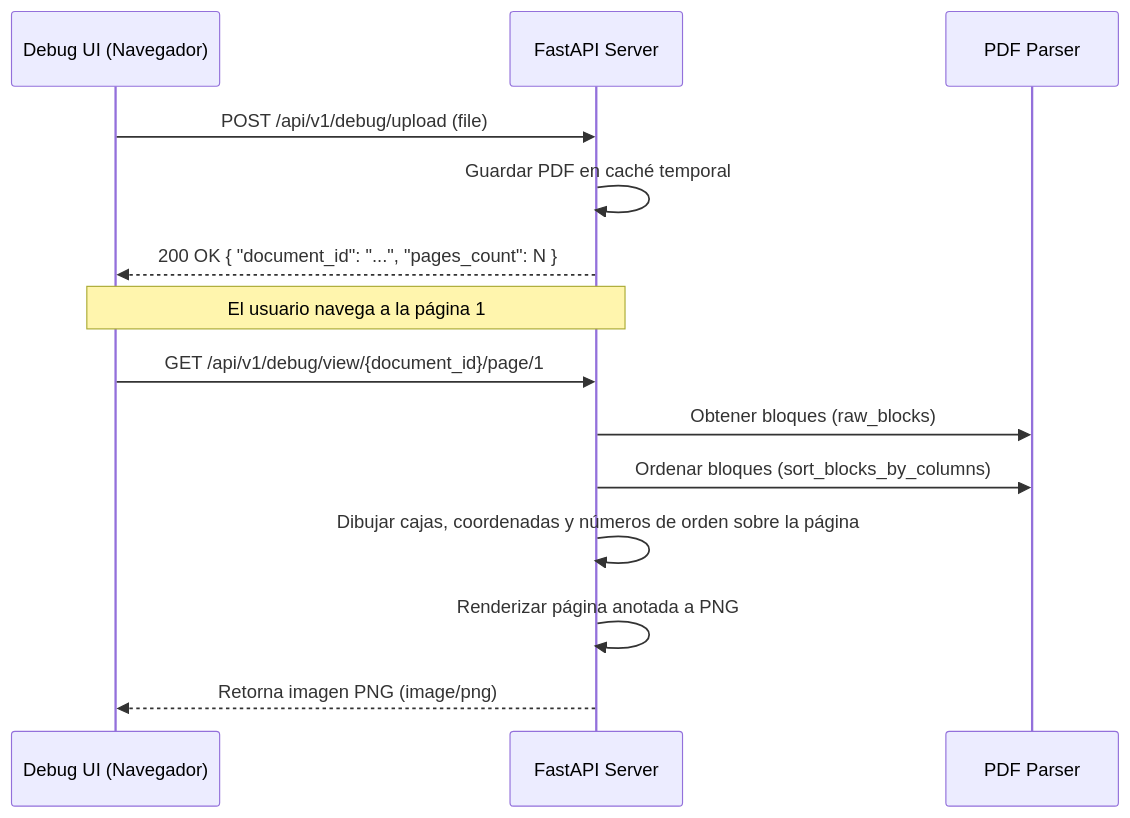
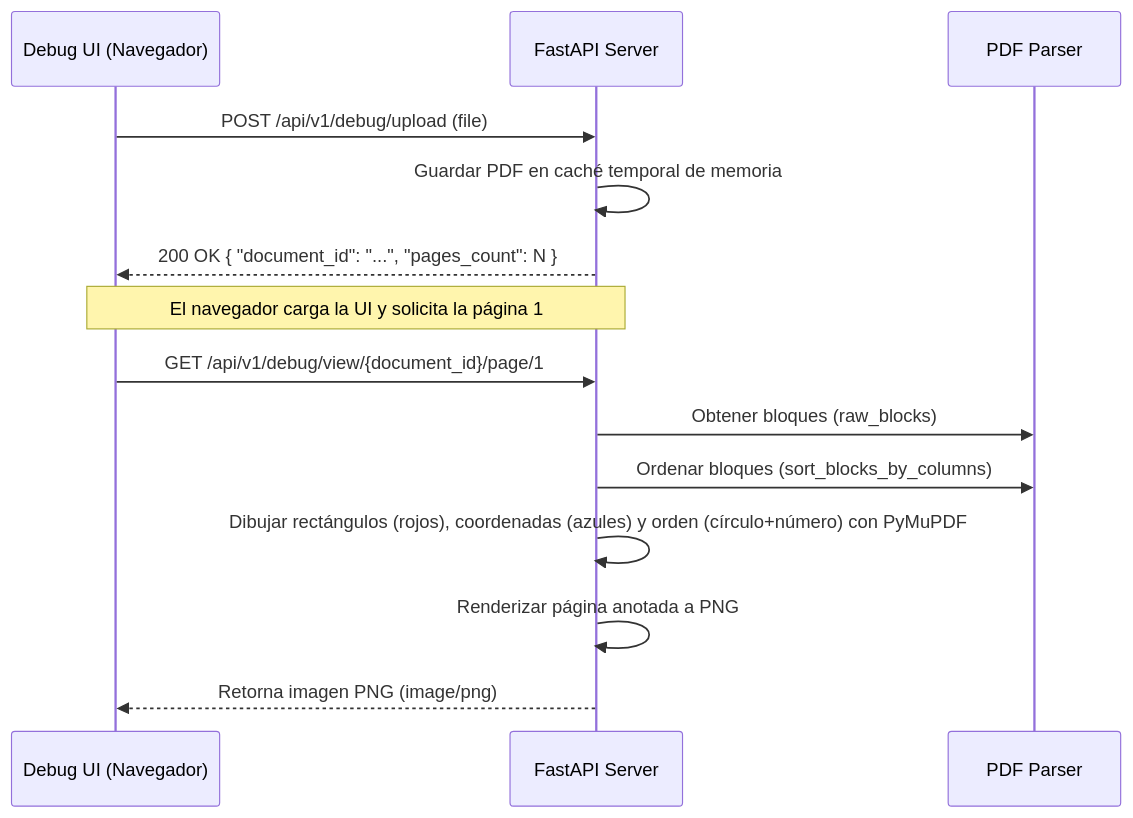
One commit to marcorepetto/leyemdo changed the diagram in specs/debug-pdf-parser/spec.md. Above: the diagram before and after it, drawn with Mermaid. The commit also changed other lines of this file and 1 other file, not shown here.

Commit message:
docs(debug-pdf-parser): definicion aprobada de la herramienta visual de depuracion

````diff
--- a/specs/debug-pdf-parser/spec.md
+++ b/specs/debug-pdf-parser/spec.md
@@ -35,19 +39,19 @@
 ```mermaid
 sequenceDiagram
     participant UI as Debug UI (Navegador)
     participant API as FastAPI Server
     participant Parser as PDF Parser
     
     UI->>API: POST /api/v1/debug/upload (file)
-    API->>API: Guardar PDF en caché temporal
+    API->>API: Guardar PDF en caché temporal de memoria
     API-->>UI: 200 OK { "document_id": "...", "pages_count": N }
     
-    Note over UI, API: El usuario navega a la página 1
+    Note over UI, API: El navegador carga la UI y solicita la página 1
     
     UI->>API: GET /api/v1/debug/view/{document_id}/page/1
     API->>Parser: Obtener bloques (raw_blocks)
     API->>Parser: Ordenar bloques (sort_blocks_by_columns)
-    API->>API: Dibujar cajas, coordenadas y números de orden sobre la página
+    API->>API: Dibujar rectángulos (rojos), coordenadas (azules) y orden (círculo+número) con PyMuPDF
     API->>API: Renderizar página anotada a PNG
     API-->>UI: Retorna imagen PNG (image/png)
 ```
````
